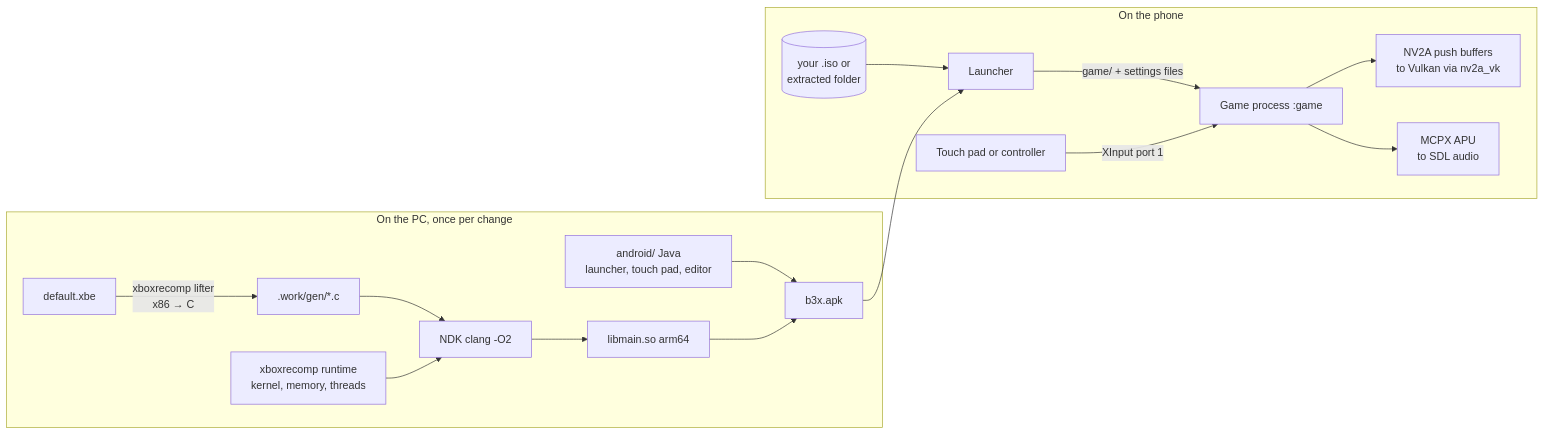
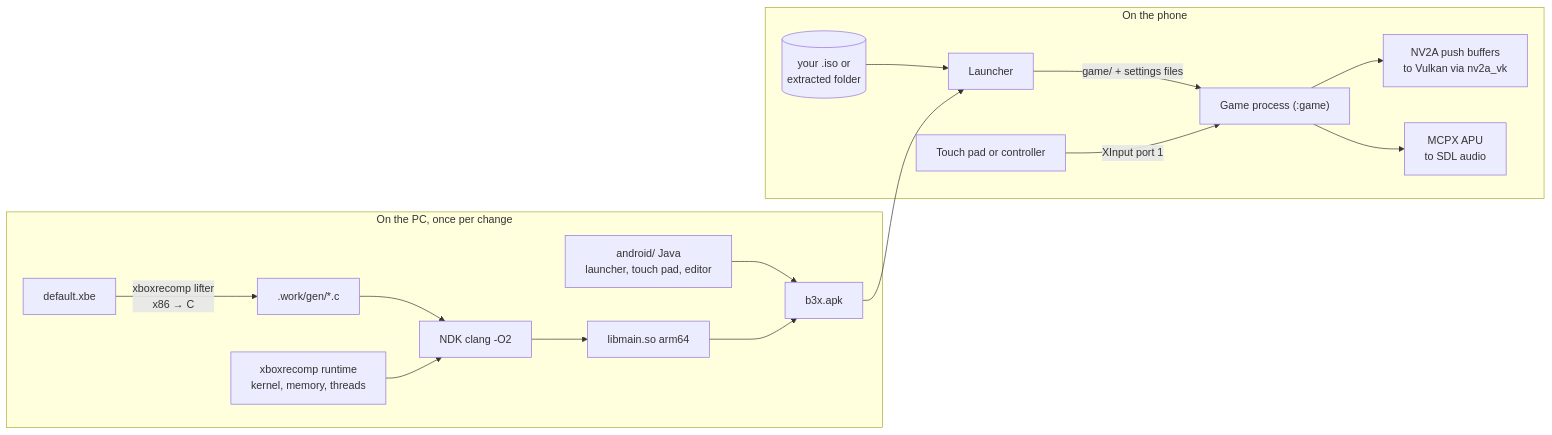
One commit to aribrilliantsyah/Burnout3-Recompiled-Mobile changed the second of 2 diagrams in README.md. Above: the diagram before and after it, drawn with Mermaid.

Commit message:
docs: fix Mermaid syntax in architecture flowchart for GitHub rendering

````diff
--- a/README.md
+++ b/README.md
@@ -182,21 +182,21 @@
 ```mermaid
 flowchart LR
-    subgraph Build[On the PC, once per change]
-        XBE[default.xbe] -->|xboxrecomp lifter<br/>x86 → C| GEN[.work/gen/*.c]
-        GEN --> NDK[NDK clang -O2]
-        RT[xboxrecomp runtime<br/>kernel, memory, threads] --> NDK
-        NDK --> SO[libmain.so arm64]
-        JAVA[android/ Java<br/>launcher, touch pad, editor] --> APK[b3x.apk]
+    subgraph Build ["On the PC, once per change"]
+        XBE["default.xbe"] -->|"xboxrecomp lifter<br/>x86 &rarr; C"| GEN[".work/gen/*.c"]
+        GEN --> NDK["NDK clang -O2"]
+        RT["xboxrecomp runtime<br/>kernel, memory, threads"] --> NDK
+        NDK --> SO["libmain.so arm64"]
+        JAVA["android/ Java<br/>launcher, touch pad, editor"] --> APK["b3x.apk"]
         SO --> APK
     end
 
-    subgraph Phone[On the phone]
-        ISO[(your .iso or<br/>extracted folder)] --> LAUNCH[Launcher]
-        LAUNCH -->|game/ + settings files| GAME[Game process :game]
-        GAME --> GPU[NV2A push buffers<br/>to Vulkan via nv2a_vk]
-        GAME --> APU[MCPX APU<br/>to SDL audio]
-        PAD[Touch pad or controller] -->|XInput port 1| GAME
+    subgraph Phone ["On the phone"]
+        ISO[("your .iso or<br/>extracted folder")] --> LAUNCH["Launcher"]
+        LAUNCH -->|"game/ + settings files"| GAME["Game process (:game)"]
+        GAME --> GPU["NV2A push buffers<br/>to Vulkan via nv2a_vk"]
+        GAME --> APU["MCPX APU<br/>to SDL audio"]
+        PAD["Touch pad or controller"] -->|"XInput port 1"| GAME
     end
 
     APK --> LAUNCH
 ```
````
